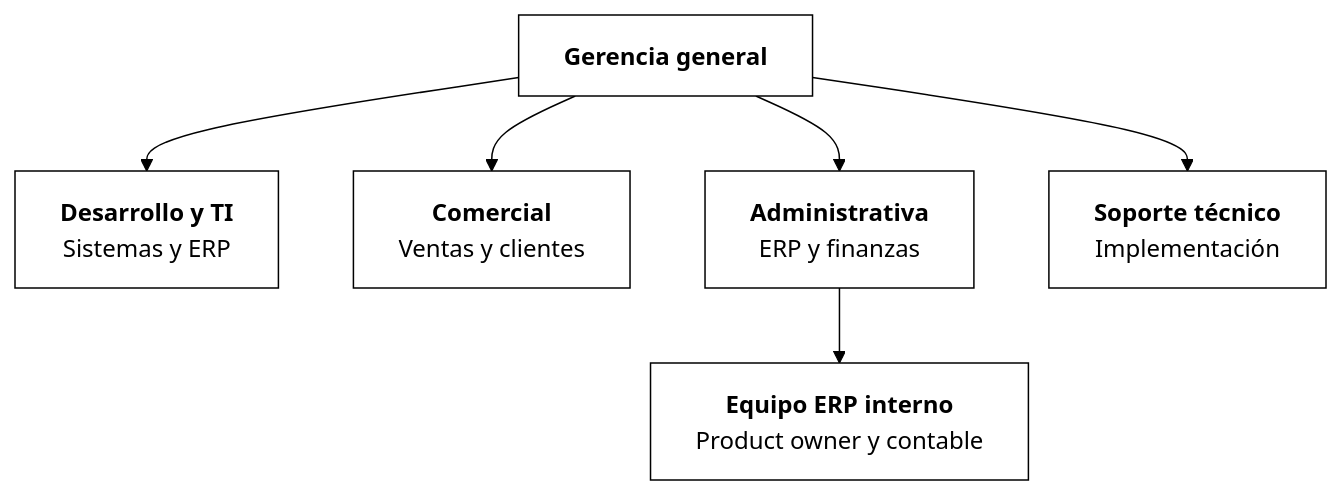
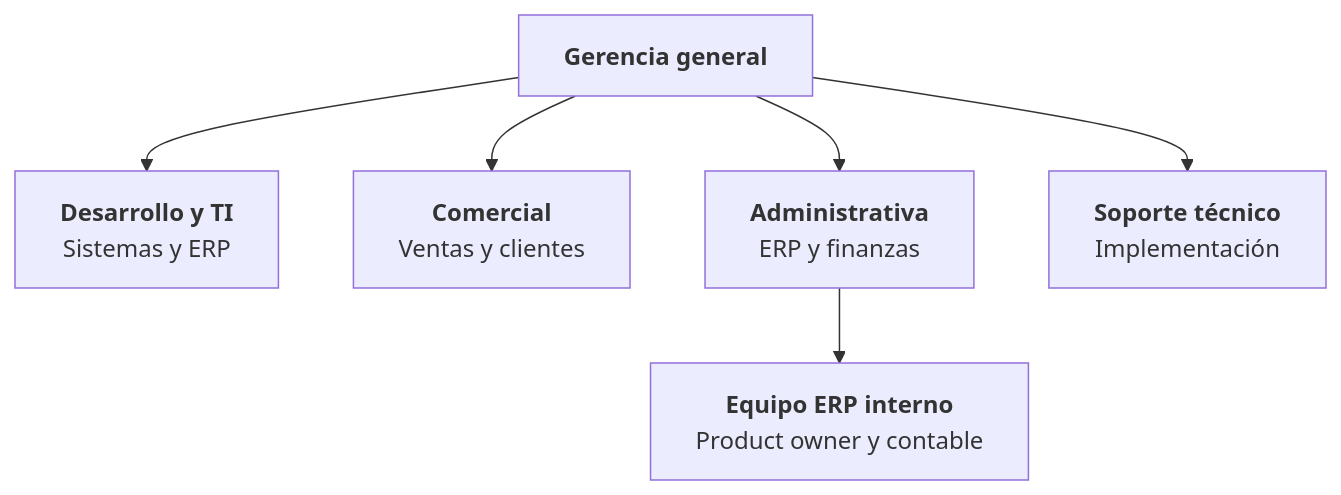
The fifth of 40 diagrams in docs/entregable-12-borrador-integrado.md (DavidsitoPay/erp-contable-delta), drawn with Mermaid before and after one commit. The commit also changed other lines of this file, not shown here.

````diff
--- a/docs/entregable-12-borrador-integrado.md
+++ b/docs/entregable-12-borrador-integrado.md
@@ -605,17 +793,14 @@
 ```mermaid
-%%{init: {"theme": "base", "themeVariables": {"primaryColor": "#ffffff", "primaryTextColor": "#000000", "primaryBorderColor": "#000000", "lineColor": "#000000", "secondaryColor": "#f2f2f2", "tertiaryColor": "#ffffff", "background": "#ffffff", "fontFamily": "Arial, sans-serif"}}}%%
 flowchart TD
     GG["<b>Gerencia general</b>"]
     DT["<b>Desarrollo y TI</b><br/>Sistemas y ERP"]
     CO["<b>Comercial</b><br/>Ventas y clientes"]
     AD["<b>Administrativa</b><br/>ERP y finanzas"]
     ST["<b>Soporte técnico</b><br/>Implementación"]
     EE["<b>Equipo ERP interno</b><br/>Product owner y contable"]
     GG --> DT
     GG --> CO
     GG --> AD
     GG --> ST
     AD --> EE
-    classDef caja fill:#ffffff,stroke:#000000,color:#000000;
-    class GG,DT,CO,AD,ST,EE caja;
 ```
````
